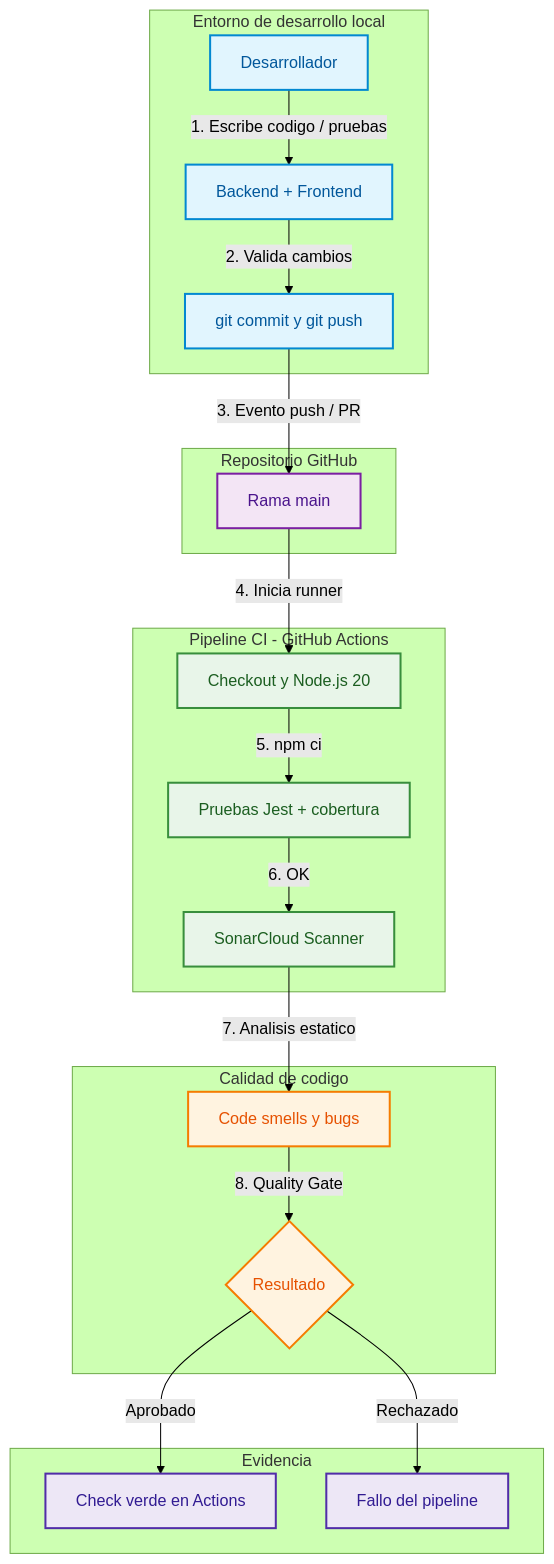
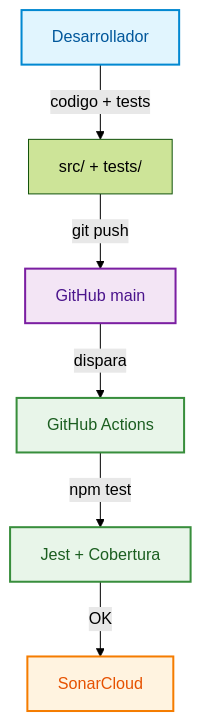
The diagram in README.md (Jsantos2808/COCA-COLA), drawn with Mermaid (forest theme) before and after one commit. The commit also changed other lines of this file and 26 other files, not shown here.

First line of the commit message:
feat: reorganizar el proyecto en src, tests, docs y scripts

````diff
--- a/README.md
+++ b/README.md
@@ -58,33 +86,13 @@
 ```mermaid
 flowchart TD
     classDef dev fill:#e1f5fe,stroke:#0288d1,stroke-width:2px,color:#01579b;
     classDef github fill:#f3e5f5,stroke:#7b1fa2,stroke-width:2px,color:#4a148c;
     classDef actions fill:#e8f5e9,stroke:#388e3c,stroke-width:2px,color:#1b5e20;
     classDef sonar fill:#fff3e0,stroke:#f57c00,stroke-width:2px,color:#e65100;
-    classDef result fill:#ede7f6,stroke:#512da8,stroke-width:2px,color:#311b92;
 
-    subgraph LOCAL["Entorno de desarrollo local"]
-        A[Desarrollador]:::dev -->|1. Escribe codigo / pruebas| B[Backend + Frontend]:::dev
-        B -->|2. Valida cambios| C[git commit y git push]:::dev
-    end
-
-    subgraph GITHUB["Repositorio GitHub"]
-        C -->|3. Evento push / PR| D[Rama main]:::github
-    end
-
-    subgraph RUNNER["Pipeline CI - GitHub Actions"]
-        D -->|4. Inicia runner| E[Checkout y Node.js 20]:::actions
-        E -->|5. npm ci| F[Pruebas Jest + cobertura]:::actions
-        F -->|6. OK| G[SonarCloud Scanner]:::actions
-    end
-
-    subgraph SONAR["Calidad de codigo"]
-        G -->|7. Analisis estatico| H[Code smells y bugs]:::sonar
-        H -->|8. Quality Gate| I{Resultado}:::sonar
-    end
-
-    subgraph FEEDBACK["Evidencia"]
-        I -->|Aprobado| J[Check verde en Actions]:::result
-        I -->|Rechazado| K[Fallo del pipeline]:::result
-    end
+    A[Desarrollador]:::dev -->|codigo + tests| B[src/ + tests/]
+    B -->|git push| C[GitHub main]:::github
+    C -->|dispara| D[GitHub Actions]:::actions
+    D -->|npm test| E[Jest + Cobertura]:::actions
+    E -->|OK| F[SonarCloud]:::sonar
 ```
````
